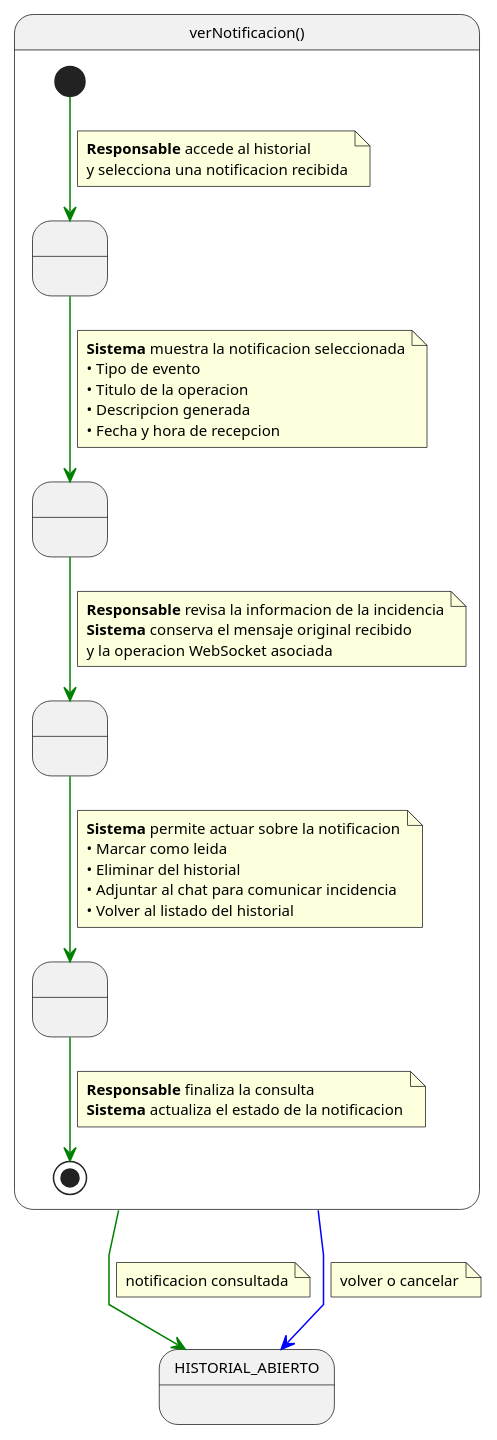
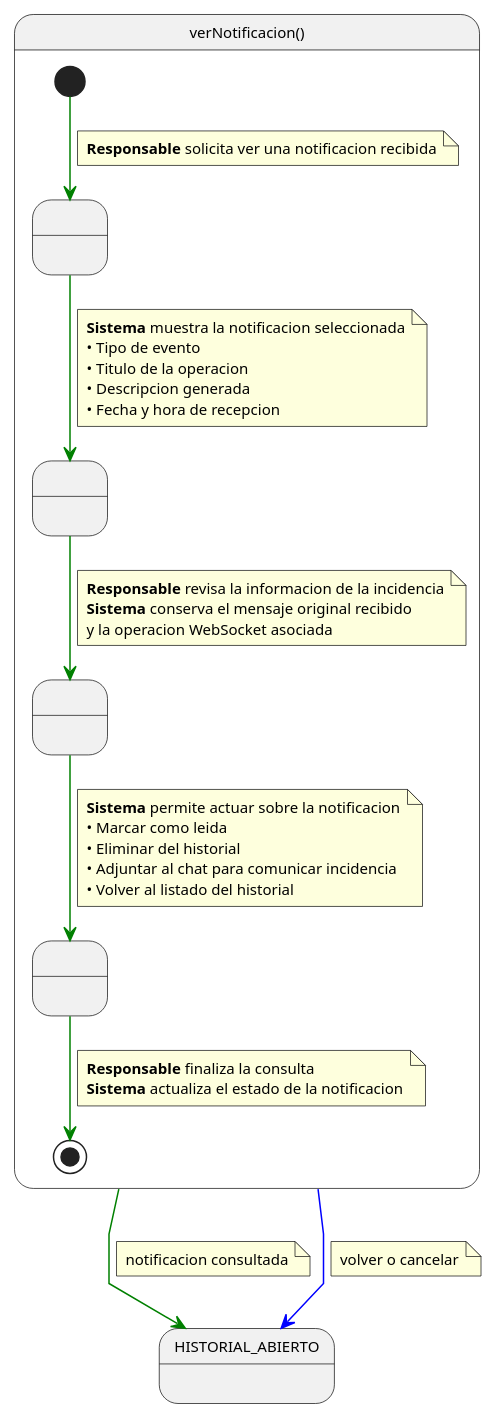
The diagram in codigoFuente/verNotificacion.puml (RaulPlayo/TFG-RaulPelayoParaja), drawn with PlantUML before and after one commit. The commit also changed 3 other files, not shown here.

```diff
--- a/codigoFuente/verNotificacion.puml
+++ b/codigoFuente/verNotificacion.puml
@@ -1,61 +1,60 @@
 @startuml VerNotificacion
 
 skinparam linetype polyline
 skinparam defaultFontName Arial
 skinparam defaultFontSize 10
 
 state verNotificacion as "verNotificacion()" {
   state " " as SeleccionandoNotificacion
   state " " as MostrandoDetalle
   state " " as RevisandoInformacion
   state " " as GestionandoNotificacion
 
   [*] -[#green]-> SeleccionandoNotificacion
   note on link
-    <b>Responsable</b> accede al historial
-    y selecciona una notificacion recibida
+    <b>Responsable</b> solicita ver una notificacion recibida
   end note
 
   SeleccionandoNotificacion -[#green]-> MostrandoDetalle
   note on link
     <b>Sistema</b> muestra la notificacion seleccionada
     • Tipo de evento
     • Titulo de la operacion
     • Descripcion generada
     • Fecha y hora de recepcion
   end note
 
   MostrandoDetalle -[#green]-> RevisandoInformacion
   note on link
     <b>Responsable</b> revisa la informacion de la incidencia
     <b>Sistema</b> conserva el mensaje original recibido
     y la operacion WebSocket asociada
   end note
 
   RevisandoInformacion -[#green]-> GestionandoNotificacion
   note on link
     <b>Sistema</b> permite actuar sobre la notificacion
     • Marcar como leida
     • Eliminar del historial
     • Adjuntar al chat para comunicar incidencia
     • Volver al listado del historial
   end note
 
   GestionandoNotificacion -[#green]-> [*]
   note on link
     <b>Responsable</b> finaliza la consulta
     <b>Sistema</b> actualiza el estado de la notificacion
   end note
 }
 
 verNotificacion -[#green]-> HISTORIAL_ABIERTO
 note on link
   notificacion consultada
 end note
 
 verNotificacion -[#blue]-> HISTORIAL_ABIERTO
 note on link
   volver o cancelar
 end note
 
 @enduml
```
